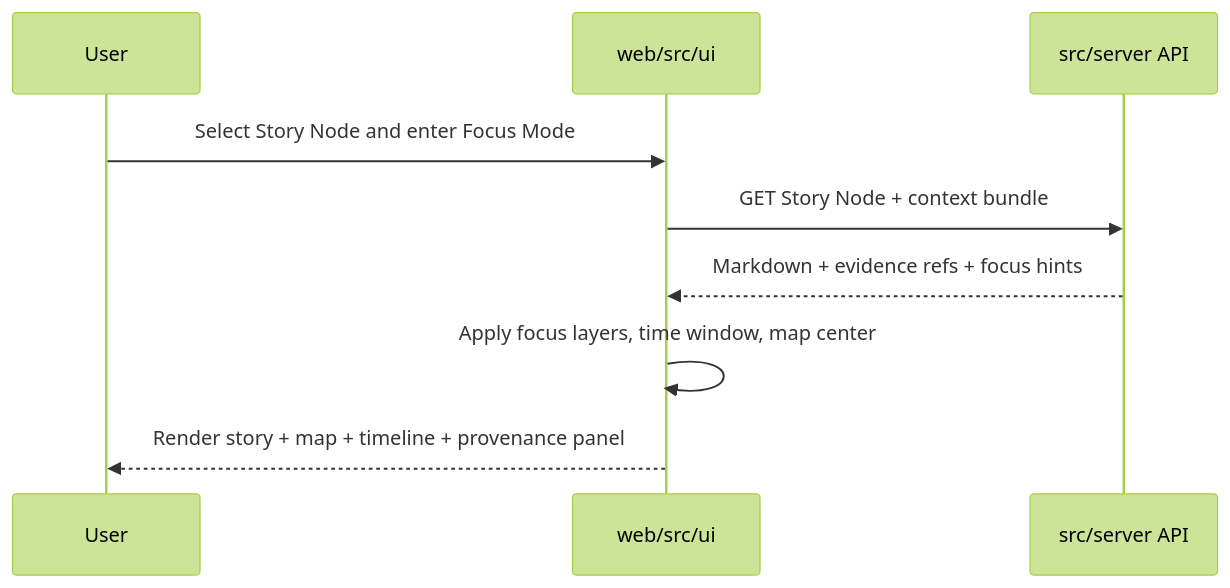
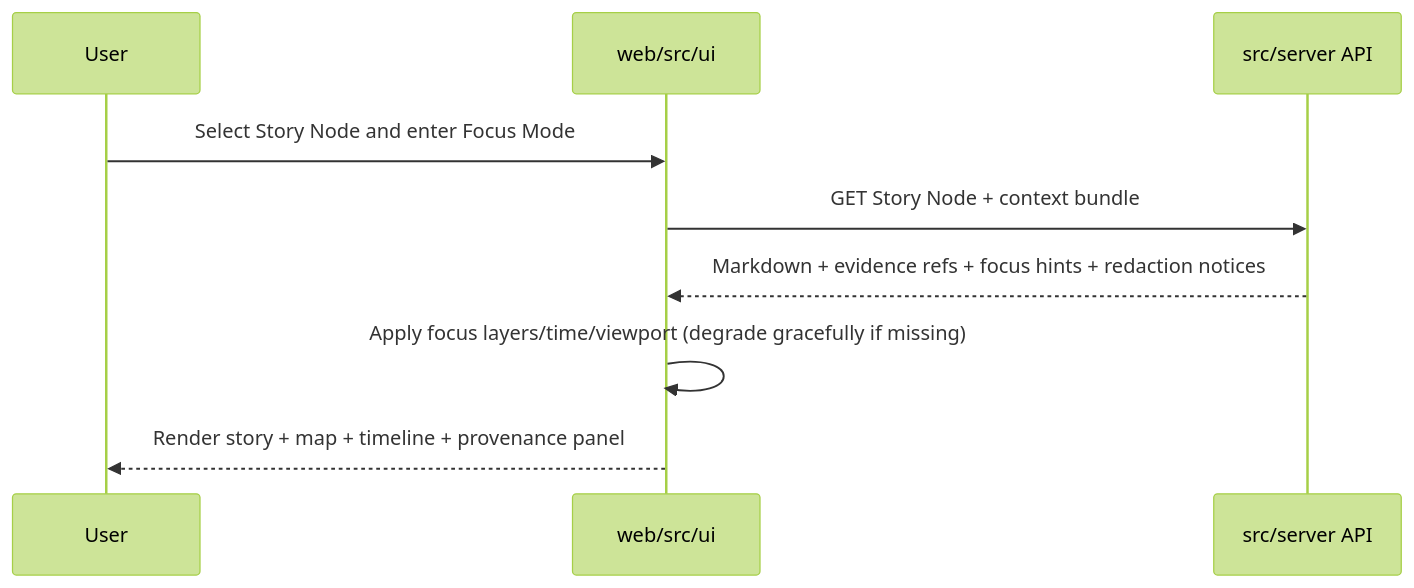
The second of 2 diagrams in web/src/ui/README.md (bartytime4life/Kansas-Frontier-Matrix), drawn with Mermaid (forest theme) before and after one commit. The commit also changed other lines of this file, not shown here.

```diff
--- a/web/src/ui/README.md
+++ b/web/src/ui/README.md
@@ -279,11 +244,11 @@
 ~~~mermaid
 sequenceDiagram
   participant U as User
   participant UI as web/src/ui
   participant API as src/server API
   U->>UI: Select Story Node and enter Focus Mode
   UI->>API: GET Story Node + context bundle
-  API-->>UI: Markdown + evidence refs + focus hints
-  UI->>UI: Apply focus layers, time window, map center
+  API-->>UI: Markdown + evidence refs + focus hints + redaction notices
+  UI->>UI: Apply focus layers/time/viewport (degrade gracefully if missing)
   UI-->>U: Render story + map + timeline + provenance panel
 ~~~
```
